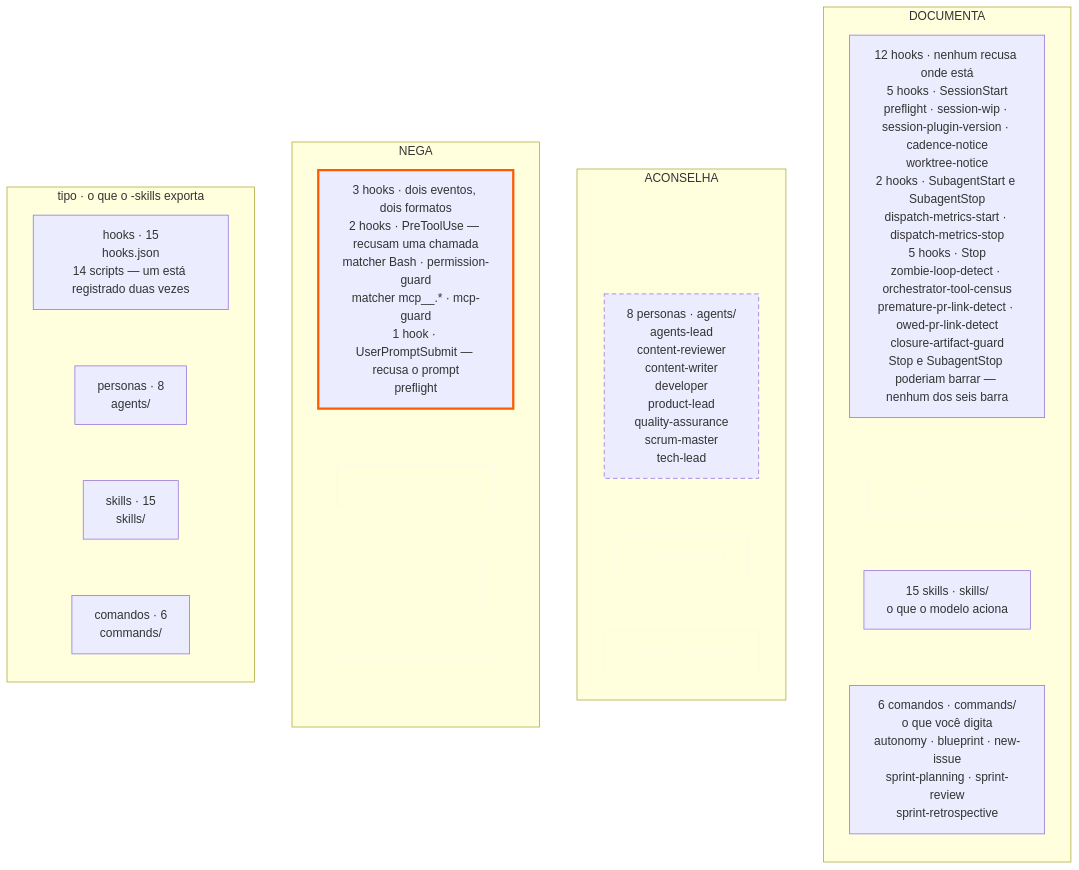
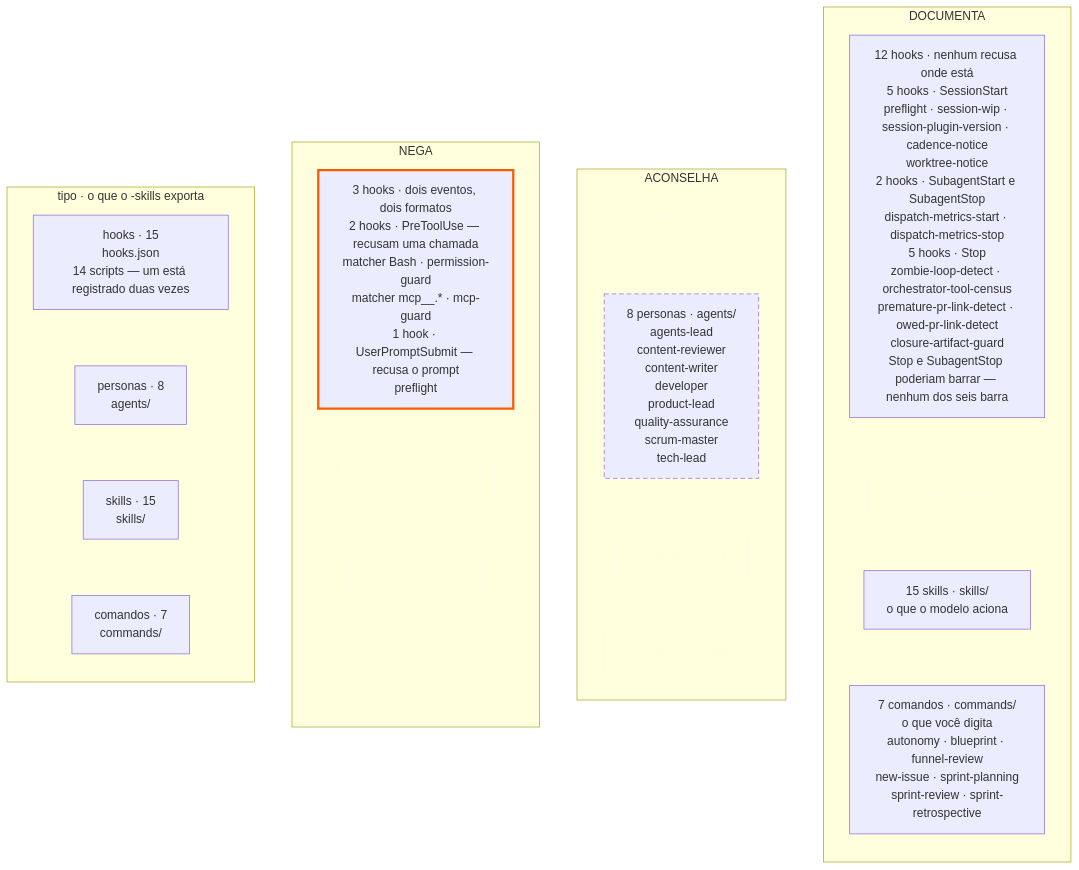
The third of 3 diagrams in apps/fed/src/content/architecture.pt.md (tedeuxx/tadeumendonca-io), drawn with Mermaid before and after one commit. The commit also changed 5 other files, not shown here.

First line of the commit message:
fix(architecture): catch the commands figure up to the plugin — 6 -> 7 (#636)

````diff
--- a/apps/fed/src/content/architecture.pt.md
+++ b/apps/fed/src/content/architecture.pt.md
@@ -191,49 +191,49 @@
 ```mermaid
 flowchart LR
   accTitle: Do que o harness é feito
-  accDescr: A afirmação vem primeiro, porque é pra ela que a grade existe. De tudo que o plugin exporta, exatamente um tipo consegue recusar: só os hooks RECUSAM, e só em dois dos seis eventos em que eles se registram. As personas ACONSELHAM, e as skills e os comandos só DOCUMENTAM. Quatro tipos contra três classes de força dá doze células; cinco têm conteúdo e sete estão vazias, e as sete vazias são o argumento. Agora o inventário de onde a afirmação é lida. As raias são os 15 registros de hook no hooks.json, escritos por 14 scripts porque o preflight está registrado duas vezes; as 8 personas do diretório agents; as 15 skills do diretório skills; e os 6 comandos do diretório commands. Na coluna que nega há uma célula só, e ela tem 3 registros em dois eventos de formatos diferentes: o permission-guard no matcher Bash e o mcp-guard no matcher das ferramentas MCP, os dois no PreToolUse, que recusam uma chamada de ferramenta antes dela rodar; e o preflight no UserPromptSubmit, que recusa o próprio prompt, antes do turno começar. Persona, skill e comando não têm célula nenhuma ali. Na coluna do meio também há uma só: as 8 personas — agents-lead, content-reviewer, content-writer, developer, product-lead, quality-assurance, scrum-master e tech-lead — que ACONSELHAM, e isso é uma afirmação sobre o julgamento delas, não sobre a cadeira, porque uma lente que ninguém aciona falha em silêncio. A terceira coluna, a dos componentes que só DOCUMENTAM, tem três células: as 15 skills, que é o que o modelo aciona sozinho; os 6 comandos, que é o que uma pessoa digita; e os outros 12 registros de hook — 5 no SessionStart, 2 no SubagentStart e no SubagentStop, e 5 no Stop. Lidas as duas colunas juntas, o preflight aparece nas duas, porque está registrado duas vezes com uma classe diferente em cada evento, e é isso que significa o desenho ser derivado e não desenhado: ninguém escrevendo à mão desenharia um script em duas colunas da mesma grade.
+  accDescr: A afirmação vem primeiro, porque é pra ela que a grade existe. De tudo que o plugin exporta, exatamente um tipo consegue recusar: só os hooks RECUSAM, e só em dois dos seis eventos em que eles se registram. As personas ACONSELHAM, e as skills e os comandos só DOCUMENTAM. Quatro tipos contra três classes de força dá doze células; cinco têm conteúdo e sete estão vazias, e as sete vazias são o argumento. Agora o inventário de onde a afirmação é lida. As raias são os 15 registros de hook no hooks.json, escritos por 14 scripts porque o preflight está registrado duas vezes; as 8 personas do diretório agents; as 15 skills do diretório skills; e os 7 comandos do diretório commands. Na coluna que nega há uma célula só, e ela tem 3 registros em dois eventos de formatos diferentes: o permission-guard no matcher Bash e o mcp-guard no matcher das ferramentas MCP, os dois no PreToolUse, que recusam uma chamada de ferramenta antes dela rodar; e o preflight no UserPromptSubmit, que recusa o próprio prompt, antes do turno começar. Persona, skill e comando não têm célula nenhuma ali. Na coluna do meio também há uma só: as 8 personas — agents-lead, content-reviewer, content-writer, developer, product-lead, quality-assurance, scrum-master e tech-lead — que ACONSELHAM, e isso é uma afirmação sobre o julgamento delas, não sobre a cadeira, porque uma lente que ninguém aciona falha em silêncio. A terceira coluna, a dos componentes que só DOCUMENTAM, tem três células: as 15 skills, que é o que o modelo aciona sozinho; os 7 comandos, que é o que uma pessoa digita; e os outros 12 registros de hook — 5 no SessionStart, 2 no SubagentStart e no SubagentStop, e 5 no Stop. Lidas as duas colunas juntas, o preflight aparece nas duas, porque está registrado duas vezes com uma classe diferente em cada evento, e é isso que significa o desenho ser derivado e não desenhado: ninguém escrevendo à mão desenharia um script em duas colunas da mesma grade.
   subgraph LANE["tipo · o que o -skills exporta"]
     direction TB
     LH["hooks · 15<br/>hooks.json<br/>14 scripts — um está registrado duas vezes"]
     LP["personas · 8<br/>agents/"]
     LS["skills · 15<br/>skills/"]
-    LC["comandos · 6<br/>commands/"]
+    LC["comandos · 7<br/>commands/"]
     LH ~~~ LP ~~~ LS ~~~ LC
   end
   subgraph COLD["NEGA"]
     direction TB
     HKD["3 hooks · dois eventos, dois formatos<br/>2 hooks · PreToolUse — recusam uma chamada<br/>matcher Bash · permission-guard<br/>matcher mcp__.* · mcp-guard<br/>1 hook · UserPromptSubmit — recusa o prompt<br/>preflight"]
     PSD["— nenhuma persona"]
     SKD["— nenhuma skill"]
     CMD["— nenhum comando"]
     HKD ~~~ PSD ~~~ SKD ~~~ CMD
   end
   subgraph COLA["ACONSELHA"]
     direction TB
     HKA["— nenhum hook"]
     PS["8 personas · agents/<br/>agents-lead<br/>content-reviewer<br/>content-writer<br/>developer<br/>product-lead<br/>quality-assurance<br/>scrum-master<br/>tech-lead"]
     SKA["— nenhuma skill"]
     CMA["— nenhum comando"]
     HKA ~~~ PS ~~~ SKA ~~~ CMA
   end
   subgraph COLO["DOCUMENTA"]
     direction TB
     HKR["12 hooks · nenhum recusa onde está<br/>5 hooks · SessionStart<br/>preflight · session-wip · session-plugin-version · cadence-notice<br/>worktree-notice<br/>2 hooks · SubagentStart e SubagentStop<br/>dispatch-metrics-start · dispatch-metrics-stop<br/>5 hooks · Stop<br/>zombie-loop-detect · orchestrator-tool-census<br/>premature-pr-link-detect · owed-pr-link-detect<br/>closure-artifact-guard<br/>Stop e SubagentStop poderiam barrar — nenhum dos seis barra"]
     PSO["— nenhuma persona"]
     SK["15 skills · skills/<br/>o que o modelo aciona"]
-    CM["6 comandos · commands/<br/>o que você digita<br/>autonomy · blueprint · new-issue<br/>sprint-planning · sprint-review<br/>sprint-retrospective"]
+    CM["7 comandos · commands/<br/>o que você digita<br/>autonomy · blueprint · funnel-review<br/>new-issue · sprint-planning<br/>sprint-review · sprint-retrospective"]
     HKR ~~~ PSO ~~~ SK ~~~ CM
   end
   LANE ~~~ COLD ~~~ COLA ~~~ COLO
   classDef mechanism stroke:#FF5A00,stroke-width:3px
   classDef convention stroke-dasharray:6 4
   %% `vazia` nunca pode usar #FF5A00 nem stroke-dasharray: o teste conta exatamente uma caixa na cor de
   %% destaque (o mecanismo) e exatamente uma tracejada (a convenção) no SVG compilado, e qualquer um dos
   %% dois aqui faria sete células vazias afirmarem uma força que elas não têm. E tem de ficar dentro das
   %% três cores do ADR-0008 — o primeiro rascunho apagava essas células com #555555/#888888 e o gate de
   %% paleta pegou isso nas duas edições. Aqui uma célula recua por opacidade; um quarto cinza não existe.
   classDef vazia fill:none,stroke:#F5F4EF,color:#F5F4EF,opacity:0.45
   class HKD mechanism
   class PS convention
   class PSD,SKD,CMD,HKA,SKA,CMA,PSO vazia
 ```
````
